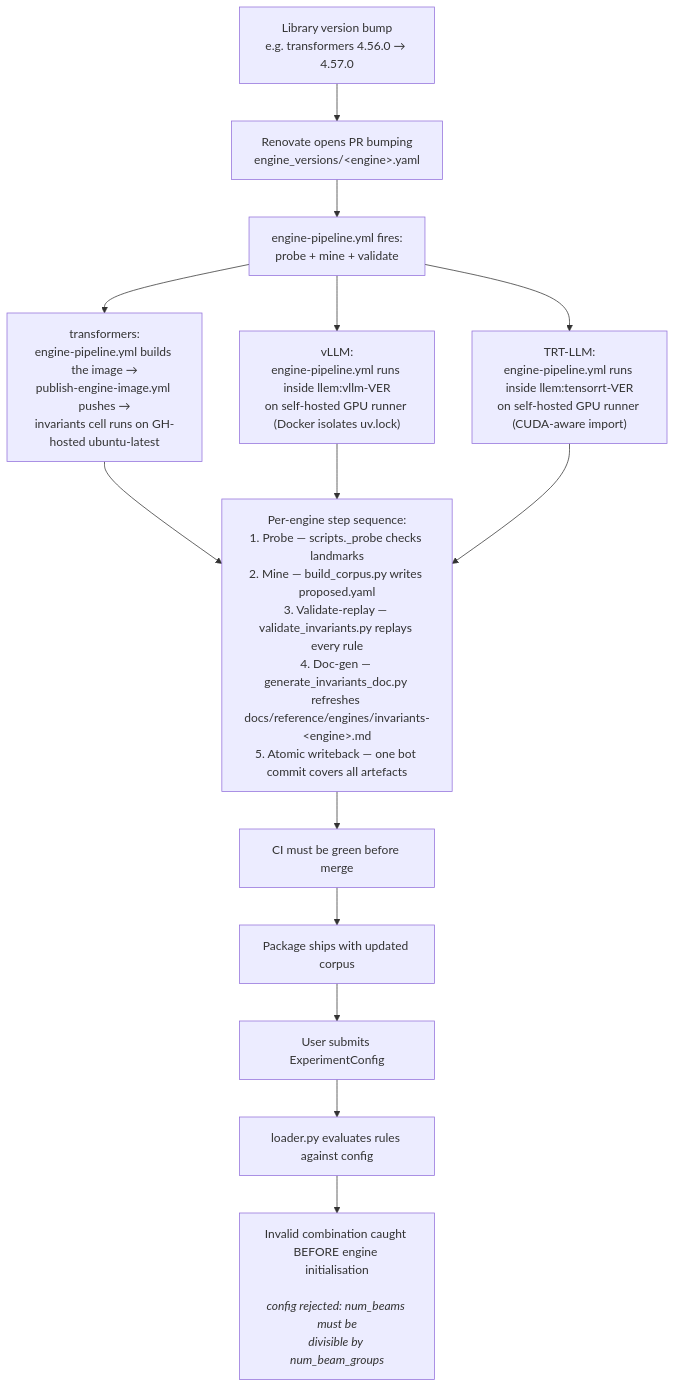
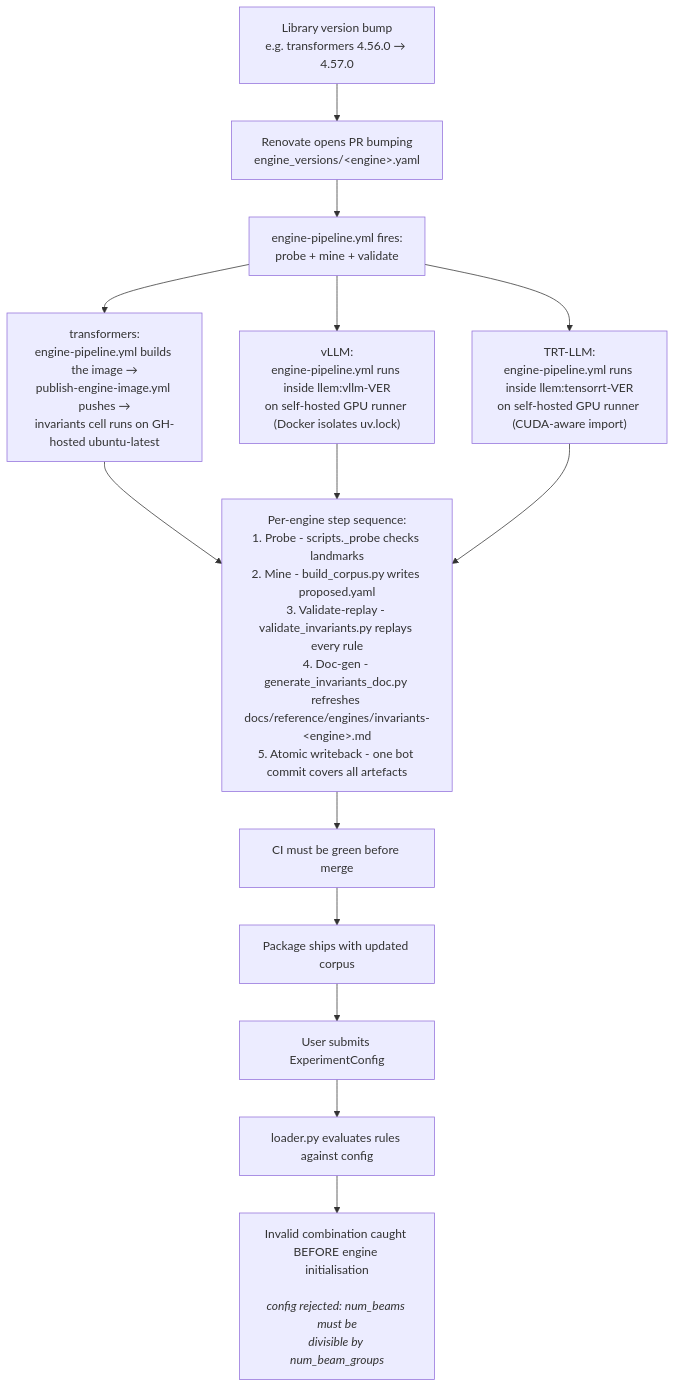
Before and after one commit to henrycgbaker/LLenergyMeasure: the second of 2 diagrams in docs/explanation/architecture/architecture-overview.md, drawn with Mermaid. The commit also changed other lines of this file and 4 other files, not shown here.

First line of the commit message:
docs(enhance): tighten architecture conceptual pages

````diff
--- a/docs/explanation/architecture/architecture-overview.md
+++ b/docs/explanation/architecture/architecture-overview.md
@@ -107,20 +107,20 @@
 ```mermaid
 flowchart TB
     bump[Library version bump<br/>e.g. transformers 4.56.0 → 4.57.0]
     renovate[Renovate opens PR bumping<br/>engine_versions/&lt;engine&gt;.yaml]
     pipeline[engine-pipeline.yml fires:<br/>probe + mine + validate]
 
     bump --> renovate --> pipeline
 
     pipeline --> tf["transformers:<br/>engine-pipeline.yml builds the image →<br/>publish-engine-image.yml pushes →<br/>invariants cell runs on GH-hosted ubuntu-latest"]
     pipeline --> vllm["vLLM:<br/>engine-pipeline.yml runs inside llem:vllm-VER<br/>on self-hosted GPU runner (Docker isolates uv.lock)"]
     pipeline --> trt["TRT-LLM:<br/>engine-pipeline.yml runs inside llem:tensorrt-VER<br/>on self-hosted GPU runner (CUDA-aware import)"]
 
-    tf & vllm & trt --> steps["Per-engine step sequence:<br/>1. Probe &mdash; scripts._probe checks landmarks<br/>2. Mine &mdash; build_corpus.py writes proposed.yaml<br/>3. Validate-replay &mdash; validate_invariants.py replays every rule<br/>4. Doc-gen &mdash; generate_invariants_doc.py refreshes docs/reference/engines/invariants-&lt;engine&gt;.md<br/>5. Atomic writeback &mdash; one bot commit covers all artefacts"]
+    tf & vllm & trt --> steps["Per-engine step sequence:<br/>1. Probe - scripts._probe checks landmarks<br/>2. Mine - build_corpus.py writes proposed.yaml<br/>3. Validate-replay - validate_invariants.py replays every rule<br/>4. Doc-gen - generate_invariants_doc.py refreshes docs/reference/engines/invariants-&lt;engine&gt;.md<br/>5. Atomic writeback - one bot commit covers all artefacts"]
 
     steps --> green[CI must be green before merge]
     green --> ship[Package ships with updated corpus]
     ship --> submit[User submits ExperimentConfig]
     submit --> evaluate[loader.py evaluates rules against config]
     evaluate --> caught["Invalid combination caught BEFORE engine initialisation<br/><br/><i>config rejected: num_beams must be<br/>divisible by num_beam_groups</i>"]
 ```
````
